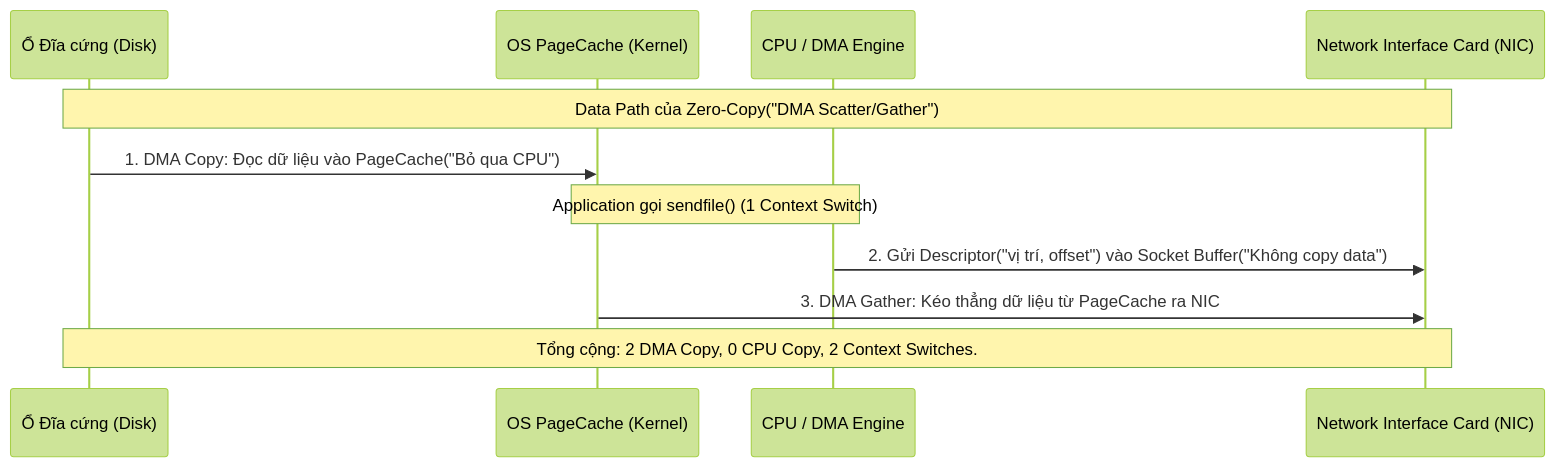
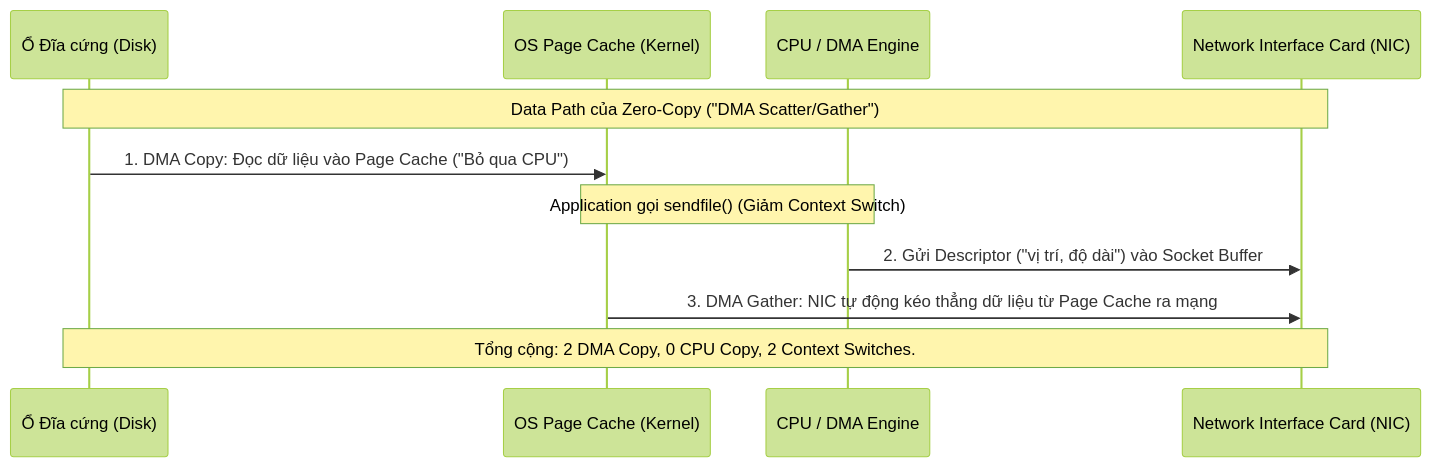
The diagram in src/content/docs/concepts/5-stream-processing-realtime/zero-copy-principle.md (kythuatdulieu/kythuatdulieu.github.io), drawn with Mermaid (forest theme) before and after one commit. The commit also changed other lines of this file and 228 other files, not shown here.

Commit message:
Fix syntax and rewrite 200+ concepts docs to deep-dive system architecture and add GA4 tracking to quiz app

````diff
--- a/src/content/docs/concepts/5-stream-processing-realtime/zero-copy-principle.md
+++ b/src/content/docs/concepts/5-stream-processing-realtime/zero-copy-principle.md
@@ -19,14 +33,14 @@
 ```mermaid
 sequenceDiagram
     participant Disk as Ổ Đĩa cứng (Disk)
-    participant PageCache as OS PageCache (Kernel)
+    participant PageCache as OS Page Cache (Kernel)
     participant CPU as CPU / DMA Engine
     participant NIC as Network Interface Card (NIC)
 
-    Note over Disk, NIC: Data Path của Zero-Copy("DMA Scatter/Gather")
-    Disk->>PageCache: 1. DMA Copy: Đọc dữ liệu vào PageCache("Bỏ qua CPU")
-    Note over PageCache, CPU: Application gọi sendfile() (1 Context Switch)
-    CPU->>NIC: 2. Gửi Descriptor("vị trí, offset") vào Socket Buffer("Không copy data")
-    PageCache->>NIC: 3. DMA Gather: Kéo thẳng dữ liệu từ PageCache ra NIC
+    Note over Disk, NIC: Data Path của Zero-Copy ("DMA Scatter/Gather")
+    Disk->>PageCache: 1. DMA Copy: Đọc dữ liệu vào Page Cache ("Bỏ qua CPU")
+    Note over PageCache, CPU: Application gọi sendfile() (Giảm Context Switch)
+    CPU->>NIC: 2. Gửi Descriptor ("vị trí, độ dài") vào Socket Buffer
+    PageCache->>NIC: 3. DMA Gather: NIC tự động kéo thẳng dữ liệu từ Page Cache ra mạng
     Note over Disk, NIC: Tổng cộng: 2 DMA Copy, 0 CPU Copy, 2 Context Switches.
 ```
````
